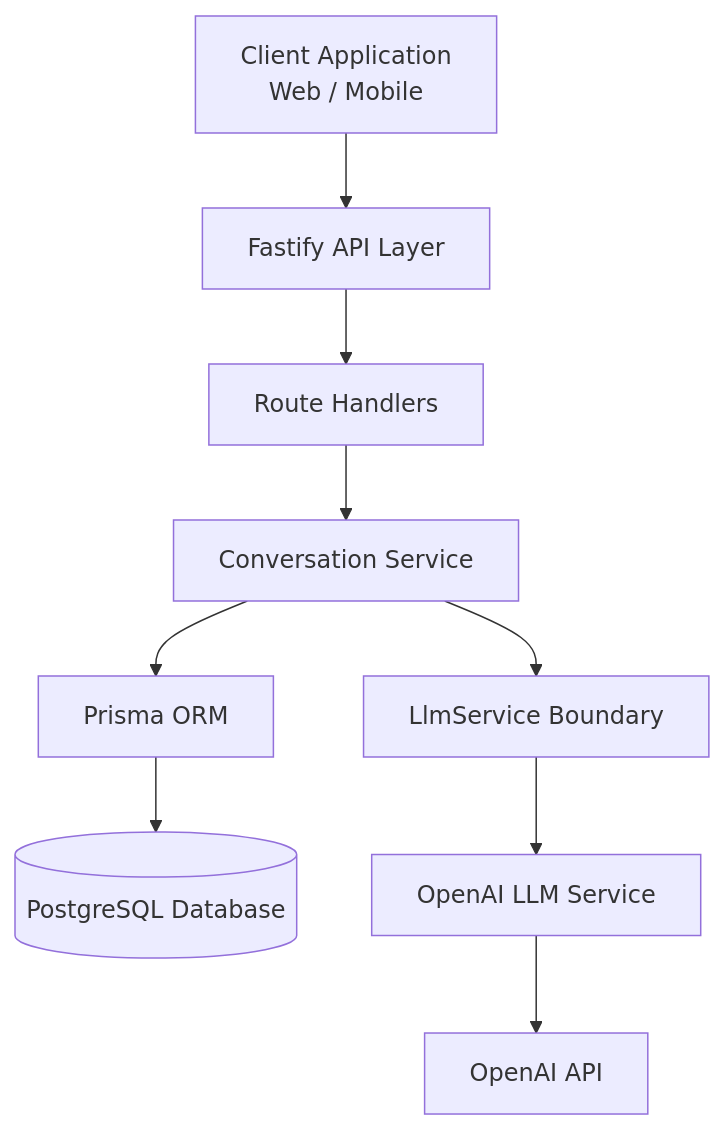
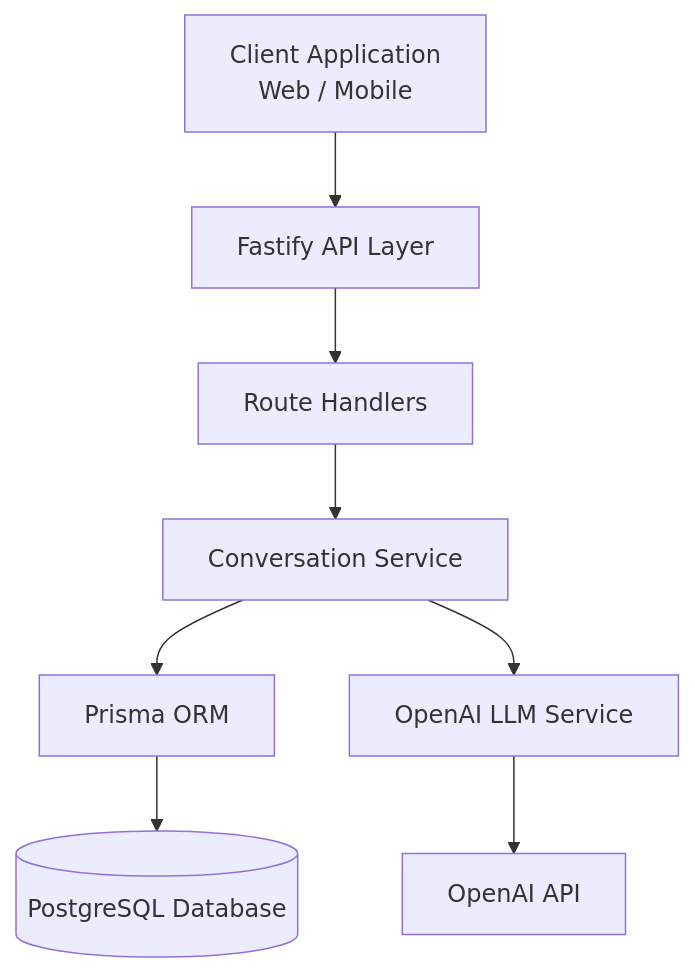
The diagram in README.md (yenpomao/Take-Home-Assignment-LLM-backend), drawn with Mermaid before and after one commit.

````diff
--- a/README.md
+++ b/README.md
@@ -7,16 +7,14 @@
 ```mermaid
 flowchart TD
     Client[Client Application<br/>Web / Mobile] --> API[Fastify API Layer]
 
     API --> Routes[Route Handlers]
     Routes --> Service[Conversation Service]
 
     Service --> DB[Prisma ORM]
     DB --> PostgreSQL[(PostgreSQL Database)]
 
-    Service --> LLM[LlmService Boundary]
-
-    LLM --> OpenAI[OpenAI LLM Service]
+    Service --> OpenAI[OpenAI LLM Service]
 
     OpenAI --> OpenAIAPI[OpenAI API]
 ```
````
